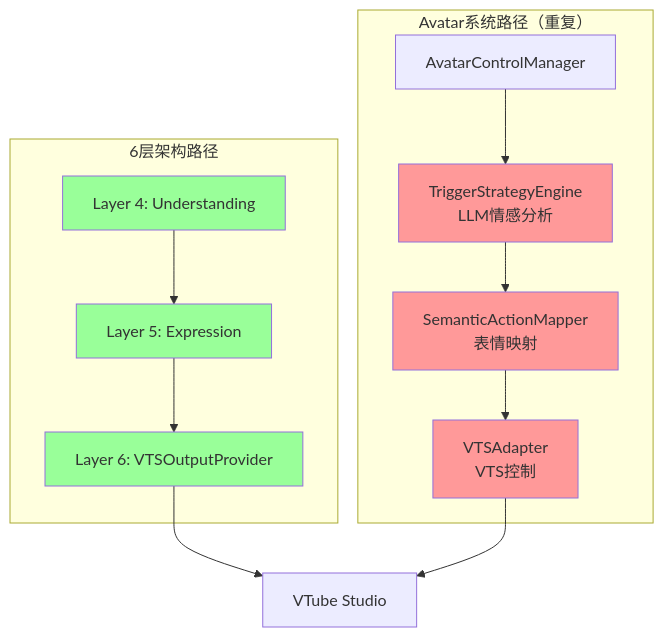
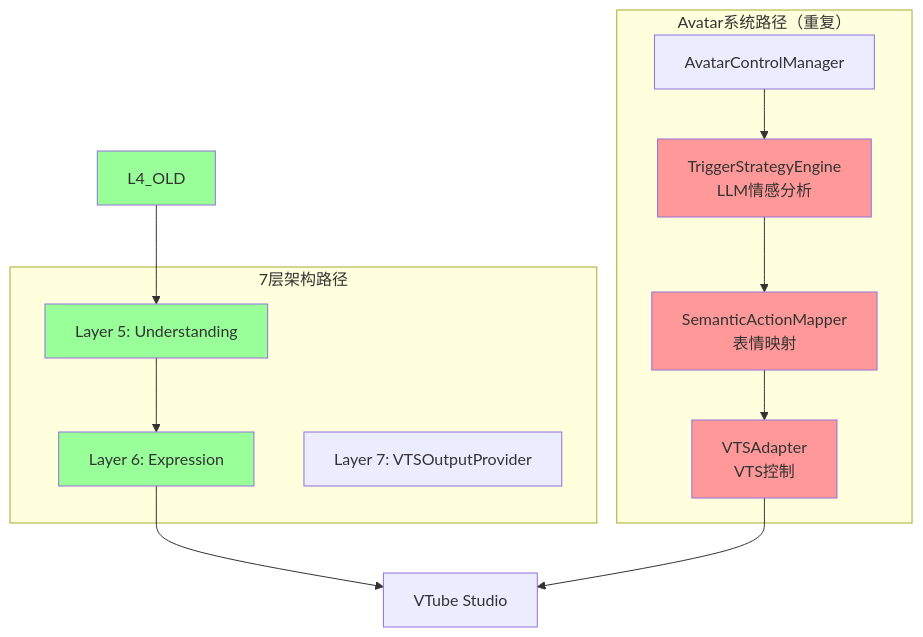
One commit to Mai-with-u/Amaidesu changed the first of 3 diagrams in refactor/design/avatar_refactoring.md. Above: the diagram before and after it, drawn with Mermaid. The commit also changed other lines of this file and 46 other files, not shown here.

````diff
--- a/refactor/design/avatar_refactoring.md
+++ b/refactor/design/avatar_refactoring.md
@@ -33,31 +33,31 @@
 ```mermaid
 graph TB
-    subgraph "6层架构路径"
-        L4_OLD[Layer 4: Understanding]
-        L5_OLD[Layer 5: Expression]
-        L6_OLD[Layer 6: VTSOutputProvider]
+    subgraph "7层架构路径"
+        L5_OLD[Layer 5: Understanding]
+        L6_OLD[Layer 6: Expression]
+        L7_OLD[Layer 7: VTSOutputProvider]
     end
 
     subgraph "Avatar系统路径（重复）"
         AVATAR[AvatarControlManager]
         TRIGGER[TriggerStrategyEngine<br/>LLM情感分析]
         SEMANTIC[SemanticActionMapper<br/>表情映射]
         VTS_ADAPTER[VTSAdapter<br/>VTS控制]
     end
 
     L4_OLD --> L5_OLD
     L5_OLD --> L6_OLD
     L6_OLD --> VTS_API[VTube Studio]
 
     AVATAR --> TRIGGER
     TRIGGER --> SEMANTIC
     SEMANTIC --> VTS_ADAPTER
     VTS_ADAPTER --> VTS_API
 
     style TRIGGER fill:#ff9999
     style SEMANTIC fill:#ff9999
     style VTS_ADAPTER fill:#ff9999
     style L4_OLD fill:#99ff99
     style L5_OLD fill:#99ff99
     style L6_OLD fill:#99ff99
 ```
````
